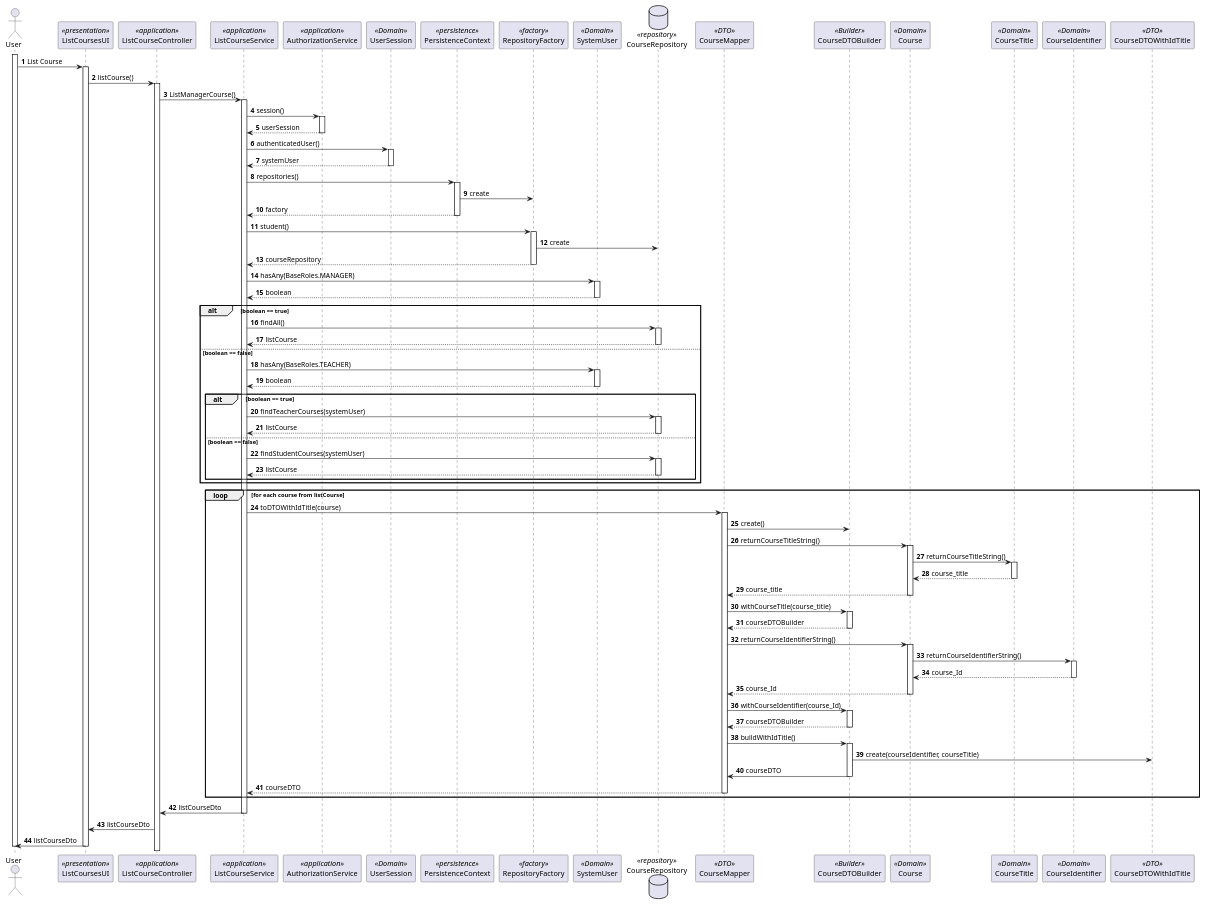
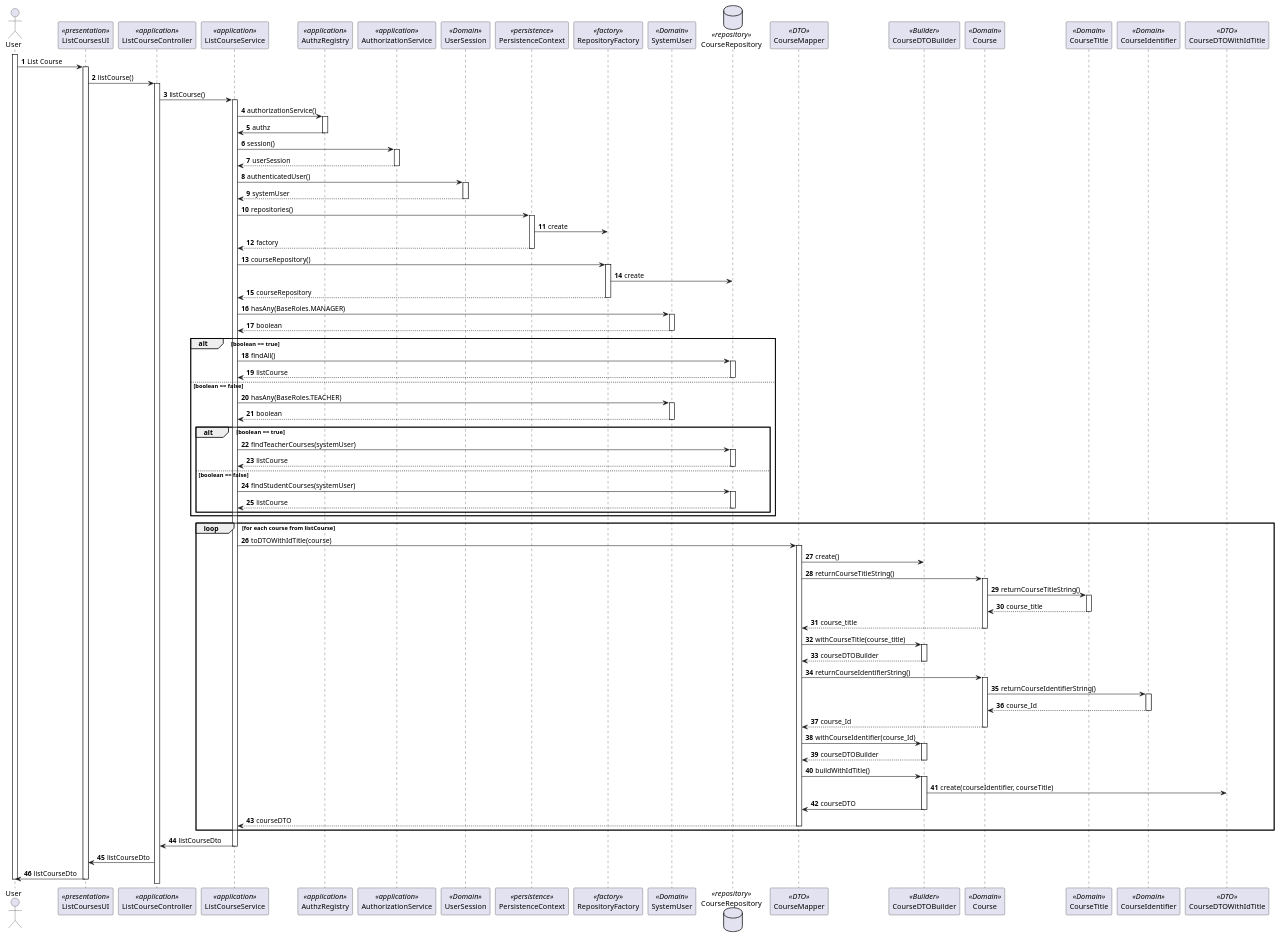
Before and after one commit to Marco-Nobrega-Andrade/sem4pi_22_23: the diagram in docs/Sprint_B/us_1006/SD_ListCourses.puml, drawn with PlantUML. The commit also changed 2 other files, not shown here.

```diff
--- a/docs/Sprint_B/us_1006/SD_ListCourses.puml
+++ b/docs/Sprint_B/us_1006/SD_ListCourses.puml
@@ -1,157 +1,162 @@
 @startuml
 'https://plantuml.com/sequence-diagram
 
 autonumber
 
 actor User
 
 participant "ListCoursesUI" as ui <<presentation>>
 participant "ListCourseController" as ctrl <<application>>
 
 
 
 participant ListCourseService as service <<application>>
 
+participant AuthzRegistry as auth <<application>>
 participant AuthorizationService as authSV <<application>>
 participant UserSession as userSe <<Domain>>
 
 participant PersistenceContext as Persistence <<persistence>>
 participant RepositoryFactory as RepFactory <<factory>>
 participant SystemUser as systemUser <<Domain>>
 
 database CourseRepository as courseRep <<repository>>
 
 
 
 participant "CourseMapper" as cm <<DTO>>
 participant "CourseDTOBuilder" as cb <<Builder>>
 participant "Course" as course <<Domain>>
 participant "CourseTitle" as ct <<Domain>>
 participant "CourseIdentifier" as ci <<Domain>>
 participant "CourseDTOWithIdTitle" as cdto <<DTO>>
 
 
 
 activate User
 User -> ui: List Course
 activate ui
 ui -> ctrl: listCourse()
 activate ctrl
 
 
-ctrl->service : ListManagerCourse()
+ctrl->service : listCourse()
 activate service
 
 
 
 
 
+service -> auth: authorizationService()
+activate auth
+auth -> service: authz
+deactivate auth
 service -> authSV: session()
 activate authSV
 authSV --> service: userSession
 deactivate authSV
 service -> userSe: authenticatedUser()
 activate userSe
 userSe --> service : systemUser
 deactivate userSe
 
 service -> Persistence: repositories()
 activate Persistence
 Persistence -> RepFactory: create
 Persistence --> service: factory
 deactivate Persistence
-service -> RepFactory: student()
+service -> RepFactory: courseRepository()
 activate RepFactory
 RepFactory -> courseRep: create
 RepFactory --> service: courseRepository
 deactivate RepFactory
 
 service -> systemUser: hasAny(BaseRoles.MANAGER)
 activate systemUser
 systemUser --> service: boolean
 deactivate systemUser
 
 
 alt boolean == true
 service -> courseRep: findAll()
 activate courseRep
 courseRep --> service: listCourse
 deactivate courseRep
 
 else boolean == false
 service -> systemUser: hasAny(BaseRoles.TEACHER)
 activate systemUser
 systemUser --> service: boolean
 deactivate systemUser
 
 alt boolean == true
 service -> courseRep: findTeacherCourses(systemUser)
 activate courseRep
 courseRep --> service: listCourse
 deactivate courseRep
 
 else boolean == false
 service -> courseRep: findStudentCourses(systemUser)
 activate courseRep
 courseRep --> service: listCourse
 deactivate courseRep
 
 end alt
 
 deactivate authSV
 
 end alt
 
 
 loop for each course from listCourse
 service -> cm : toDTOWithIdTitle(course)
 activate cm
 cm -> cb : create()
 
 cm -> course : returnCourseTitleString()
 activate course
 course -> ct : returnCourseTitleString()
 activate ct
 ct --> course : course_title
 deactivate ct
 course --> cm : course_title
 deactivate course
 cm -> cb : withCourseTitle(course_title)
 activate cb
 cb --> cm : courseDTOBuilder
 deactivate cb
 cm -> course : returnCourseIdentifierString()
 activate course
 course -> ci : returnCourseIdentifierString()
 activate ci
 ci --> course : course_Id
 deactivate ci
 course --> cm : course_Id
 deactivate course
 cm -> cb : withCourseIdentifier(course_Id)
 activate cb
 cb --> cm : courseDTOBuilder
 deactivate cb
 deactivate course
 cm -> cb : buildWithIdTitle()
 activate cb
 cb -> cdto : create(courseIdentifier, courseTitle)
 cb -> cm: courseDTO
 deactivate cb
 cm --> service : courseDTO
 deactivate cm
 end loop
 
 
 service -> ctrl : listCourseDto
 deactivate service
 
 
 
 ctrl -> ui : listCourseDto
 ui -> User : listCourseDto
 
 
 deactivate ui
 deactivate User
 @enduml
```
